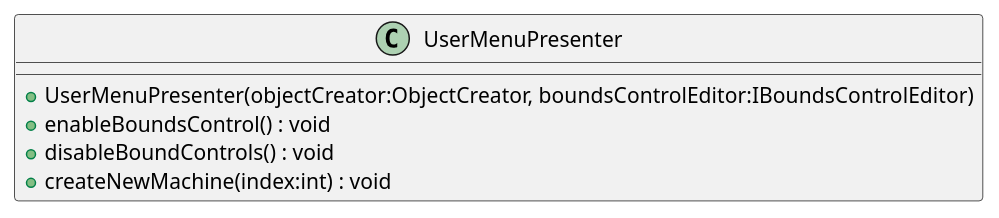
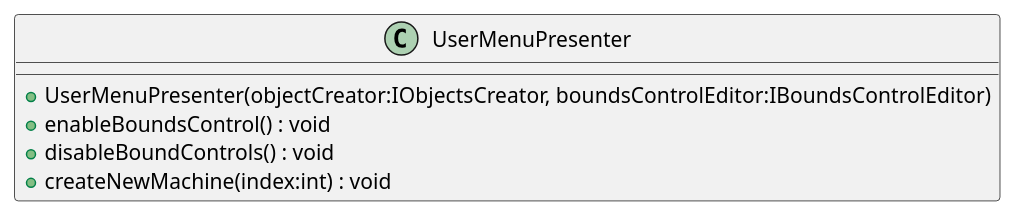
The diagram in UML/Assets/Scripts/UserMenuPresenter.puml (DeNatur/ProductionFloorVisualization), drawn with PlantUML before and after one commit. The commit also changed 34 other files, not shown here.

Commit message:
Generate UML (Generate UML)

```diff
--- a/UML/Assets/Scripts/UserMenuPresenter.puml
+++ b/UML/Assets/Scripts/UserMenuPresenter.puml
@@ -1,8 +1,8 @@
 @startuml
 class UserMenuPresenter {
-    + UserMenuPresenter(objectCreator:ObjectCreator, boundsControlEditor:IBoundsControlEditor)
+    + UserMenuPresenter(objectCreator:IObjectsCreator, boundsControlEditor:IBoundsControlEditor)
     + enableBoundsControl() : void
     + disableBoundControls() : void
     + createNewMachine(index:int) : void
 }
 @enduml
```
